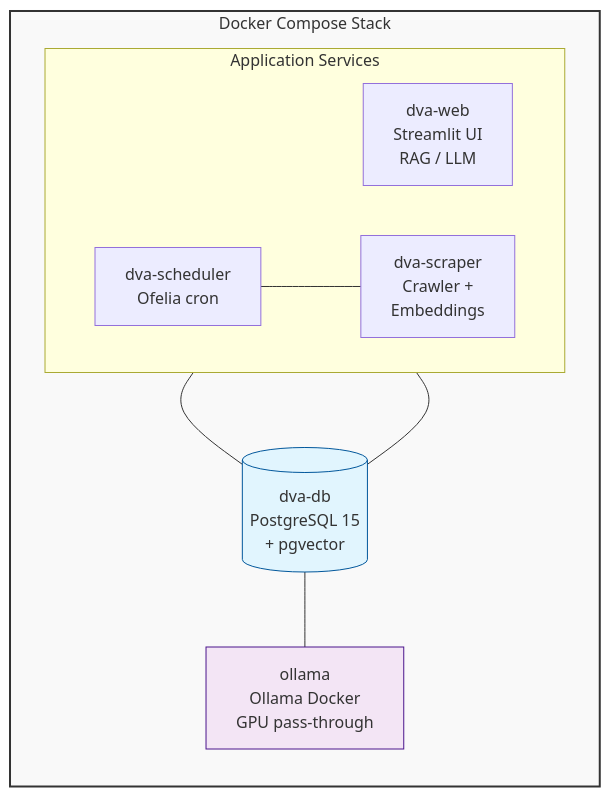
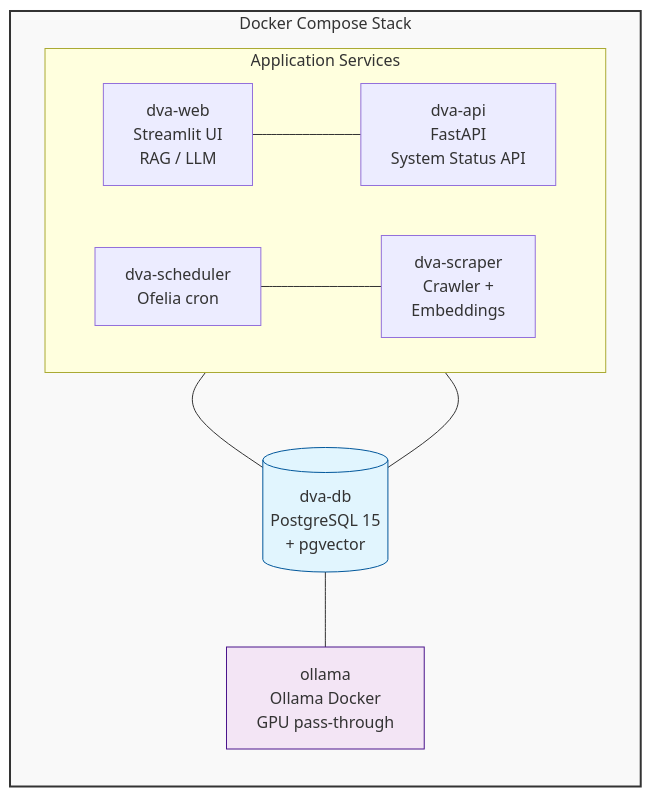
One commit to Overlawd/dva-assistant-v2 changed the diagram in README.md. Above: the diagram before and after it, drawn with Mermaid. The commit also changed other lines of this file and 6 other files, not shown here.

````diff
--- a/README.md
+++ b/README.md
@@ -63,24 +63,26 @@
 ```mermaid
 graph TD
     subgraph Docker_Stack [Docker Compose Stack]
         direction TB
         subgraph App_Services [Application Services]
             direction LR
             WEB[dva-web<br/>Streamlit UI<br/>RAG / LLM]
+            API[dva-api<br/>FastAPI<br/>System Status API]
             SCR[dva-scraper<br/>Crawler +<br/>Embeddings]
             SCH[dva-scheduler<br/>Ofelia cron]
         end
 
         DB[(dva-db<br/>PostgreSQL 15<br/>+ pgvector)]
         OLL[ollama<br/>Ollama Docker<br/>GPU pass-through]
 
-        WEB --- DB
+        WEB --- API
+        API --- DB
         SCR --- DB
         SCH --- SCR
         DB --- OLL
     end
 
     style Docker_Stack fill:#f9f9f9,stroke:#333,stroke-width:2px
     style DB fill:#e1f5fe,stroke:#01579b
     style OLL fill:#f3e5f5,stroke:#4a148c
 ```
````
